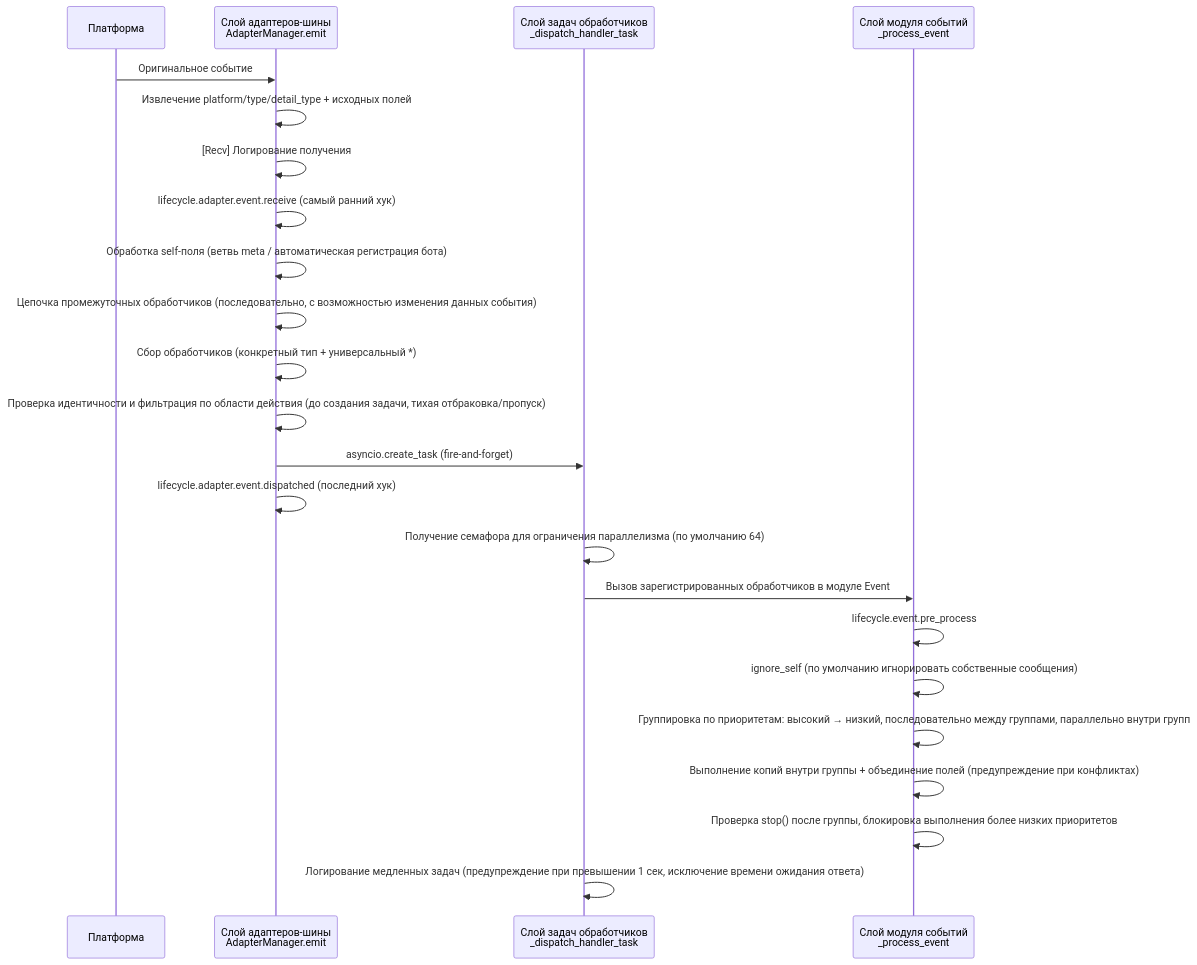
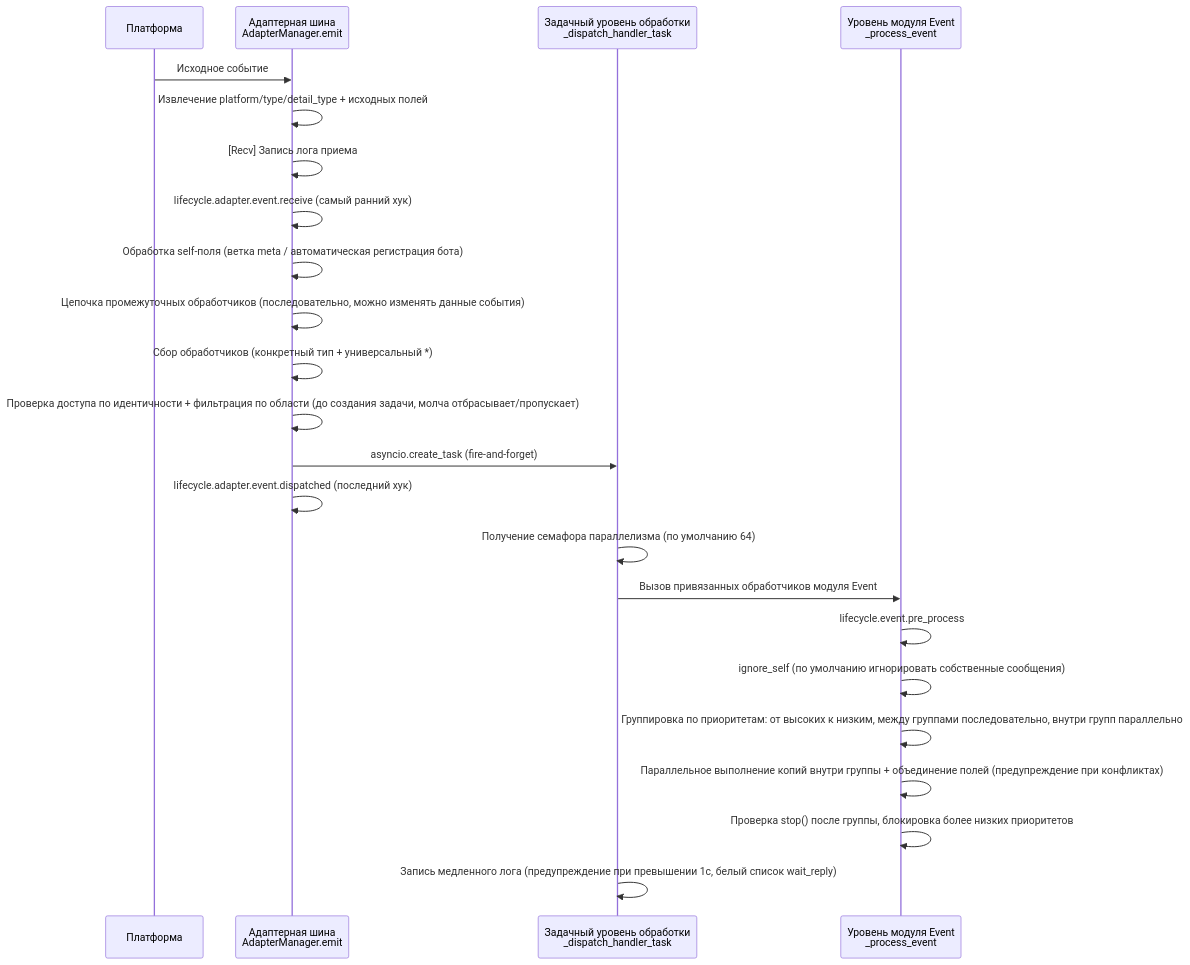
Before and after one commit to ErisPulse/ErisPulse: the fourth of 9 diagrams in docs/ru/architecture.md, drawn with Mermaid. The commit also changed other lines of this file and 91 other files, not shown here.

````diff
--- a/docs/ru/architecture.md
+++ b/docs/ru/architecture.md
@@ -108,26 +109,26 @@
 ```mermaid
 sequenceDiagram
     participant P as Платформа
-    participant A as Слой адаптеров-шины<br/>AdapterManager.emit
-    participant T as Слой задач обработчиков<br/>_dispatch_handler_task
-    participant E as Слой модуля событий<br/>_process_event
+    participant A as Адаптерная шина<br/>AdapterManager.emit
+    participant T as Задачный уровень обработки<br/>_dispatch_handler_task
+    participant E as Уровень модуля Event<br/>_process_event
 
-    P->>A: Оригинальное событие
+    P->>A: Исходное событие
     A->>A: Извлечение platform/type/detail_type + исходных полей
-    A->>A: [Recv] Логирование получения
+    A->>A: [Recv] Запись лога приема
     A->>A: lifecycle.adapter.event.receive (самый ранний хук)
-    A->>A: Обработка self-поля (ветвь meta / автоматическая регистрация бота)
-    A->>A: Цепочка промежуточных обработчиков (последовательно, с возможностью изменения данных события)
+    A->>A: Обработка self-поля (ветка meta / автоматическая регистрация бота)
+    A->>A: Цепочка промежуточных обработчиков (последовательно, можно изменять данные события)
     A->>A: Сбор обработчиков (конкретный тип + универсальный *)
-    A->>A: Проверка идентичности и фильтрация по области действия (до создания задачи, тихая отбраковка/пропуск)
+    A->>A: Проверка доступа по идентичности + фильтрация по области (до создания задачи, молча отбрасывает/пропускает)
     A->>T: asyncio.create_task (fire-and-forget)
     A->>A: lifecycle.adapter.event.dispatched (последний хук)
-    T->>T: Получение семафора для ограничения параллелизма (по умолчанию 64)
-    T->>E: Вызов зарегистрированных обработчиков в модуле Event
+    T->>T: Получение семафора параллелизма (по умолчанию 64)
+    T->>E: Вызов привязанных обработчиков модуля Event
     E->>E: lifecycle.event.pre_process
     E->>E: ignore_self (по умолчанию игнорировать собственные сообщения)
-    E->>E: Группировка по приоритетам: высокий → низкий, последовательно между группами, параллельно внутри групп
-    E->>E: Выполнение копий внутри группы + объединение полей (предупреждение при конфликтах)
-    E->>E: Проверка stop() после группы, блокировка выполнения более низких приоритетов
-    T->>T: Логирование медленных задач (предупреждение при превышении 1 сек, исключение времени ожидания ответа)
+    E->>E: Группировка по приоритетам: от высоких к низким, между группами последовательно, внутри групп параллельно
+    E->>E: Параллельное выполнение копий внутри группы + объединение полей (предупреждение при конфликтах)
+    E->>E: Проверка stop() после группы, блокировка более низких приоритетов
+    T->>T: Запись медленного лога (предупреждение при превышении 1с, белый список wait_reply)
 ```
````
